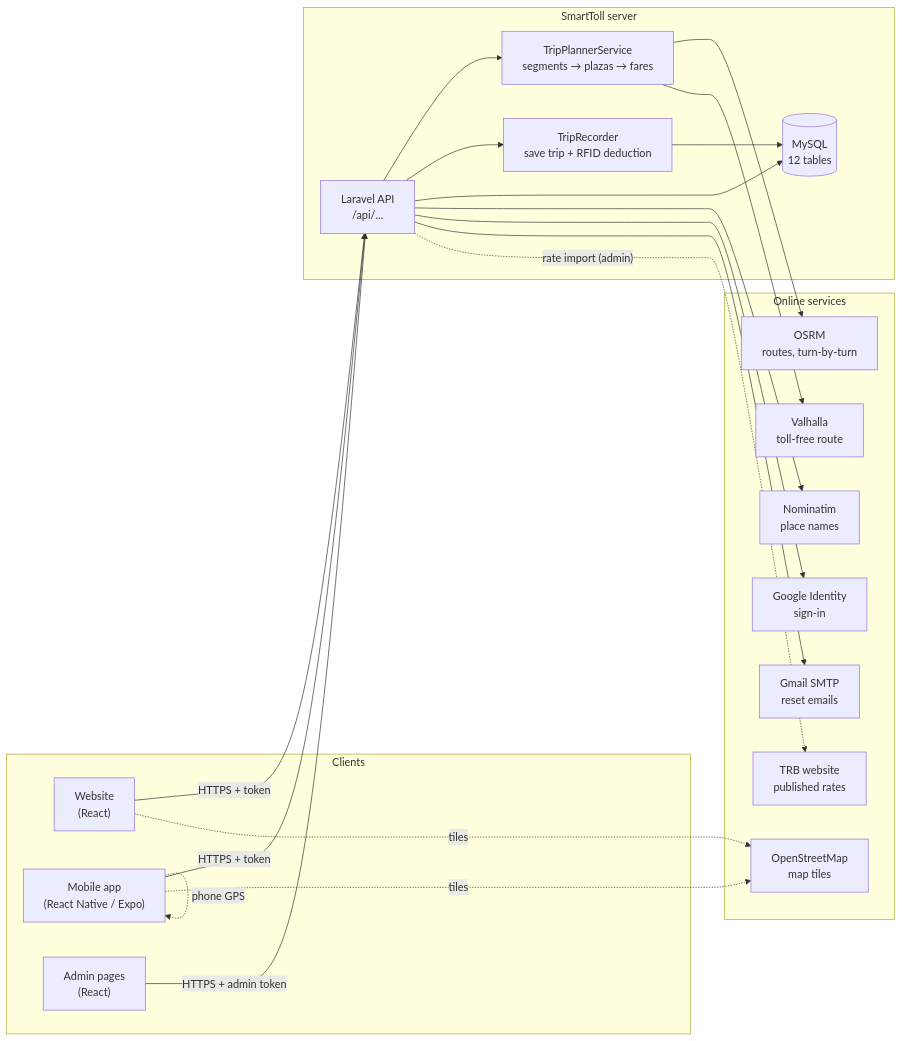
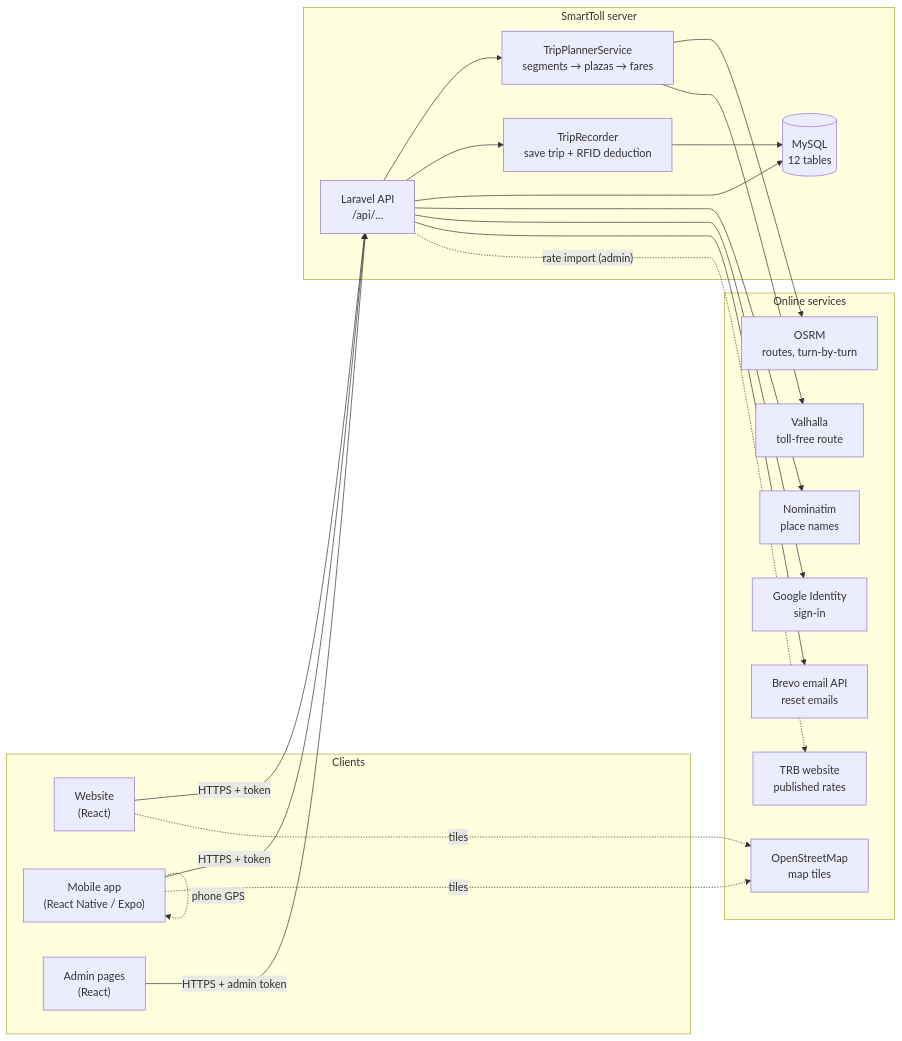
Before and after one commit to JonasBondoc26/Smart-Toll: the first of 5 diagrams in docs/ARCHITECTURE.md, drawn with Mermaid. The commit also changed 3 other files, not shown here.

Commit message:
Docs: Brevo emails online, Google accounts setting a password, 43 tests, crash fix

````diff
--- a/docs/ARCHITECTURE.md
+++ b/docs/ARCHITECTURE.md
@@ -13,37 +13,37 @@
 ```mermaid
 flowchart LR
     subgraph Clients
         W["Website<br/>(React)"]
         M["Mobile app<br/>(React Native / Expo)"]
         A["Admin pages<br/>(React)"]
     end
     subgraph Server["SmartToll server"]
         API["Laravel API<br/>/api/..."]
         TPS["TripPlannerService<br/>segments → plazas → fares"]
         TR["TripRecorder<br/>save trip + RFID deduction"]
         DB[("MySQL<br/>12 tables")]
     end
     subgraph External["Online services"]
         OSRM["OSRM<br/>routes, turn-by-turn"]
         VAL["Valhalla<br/>toll-free route"]
         NOM["Nominatim<br/>place names"]
         OSM["OpenStreetMap<br/>map tiles"]
         GOO["Google Identity<br/>sign-in"]
-        SMTP["Gmail SMTP<br/>reset emails"]
+        SMTP["Brevo email API<br/>reset emails"]
         TRB["TRB website<br/>published rates"]
     end
     W -- "HTTPS + token" --> API
     M -- "HTTPS + token" --> API
     A -- "HTTPS + admin token" --> API
     API --> TPS --> OSRM
     TPS --> VAL
     API --> TR --> DB
     API --> DB
     API --> NOM
     API --> GOO
     API --> SMTP
     API -. "rate import (admin)" .-> TRB
     W -. tiles .-> OSM
     M -. tiles .-> OSM
     M -. "phone GPS" .-> M
 ```
````
